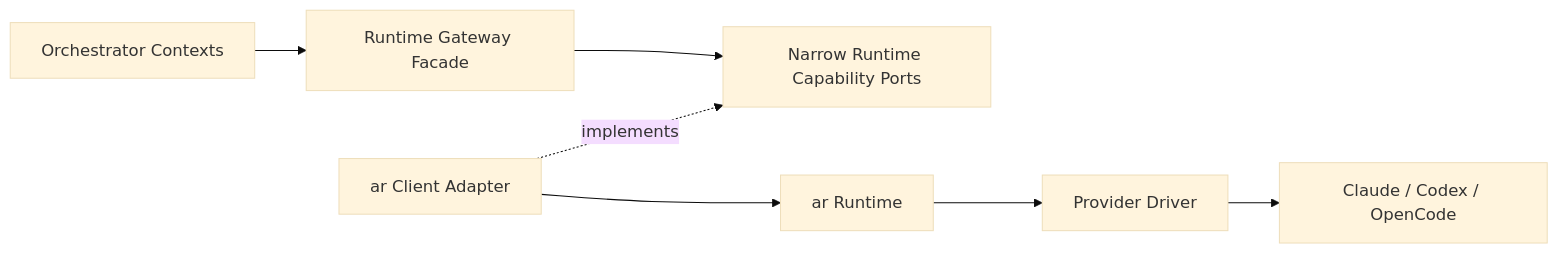
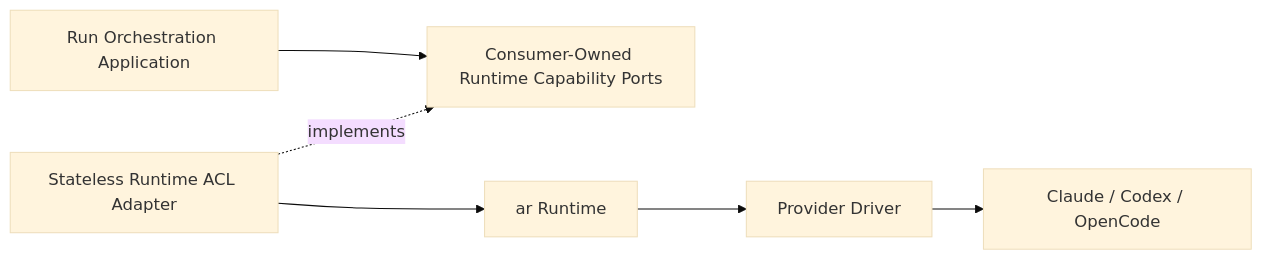
The diagram in docs/architecture/runtime-boundary.md (agent-teams-ai/agent-teams-orchestrator), drawn with Mermaid (base theme) before and after one commit. The commit also changed other lines of this file and 24 other files, not shown here.

Commit message:
docs(architecture): adopt focused full DDD boundaries

````diff
--- a/docs/architecture/runtime-boundary.md
+++ b/docs/architecture/runtime-boundary.md
@@ -10,17 +10,15 @@
 ```mermaid
 flowchart LR
-    Orchestrator["Orchestrator Contexts"]
-    Gateway["Runtime Gateway Facade"]
-    Ports["Narrow Runtime Capability Ports"]
-    Adapter["ar Client Adapter"]
+    Run["Run Orchestration Application"]
+    Ports["Consumer-Owned Runtime Capability Ports"]
+    Gateway["Stateless Runtime ACL Adapter"]
     AR["ar Runtime"]
     Driver["Provider Driver"]
     Provider["Claude / Codex / OpenCode"]
 
-    Orchestrator --> Gateway
-    Gateway --> Ports
-    Adapter -. "implements" .-> Ports
-    Adapter --> AR
+    Run --> Ports
+    Gateway -. "implements" .-> Ports
+    Gateway --> AR
     AR --> Driver
     Driver --> Provider
 ```
````
